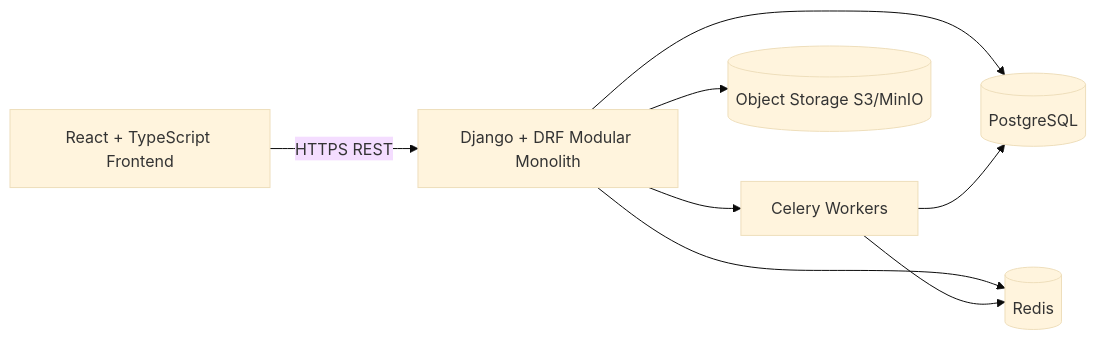
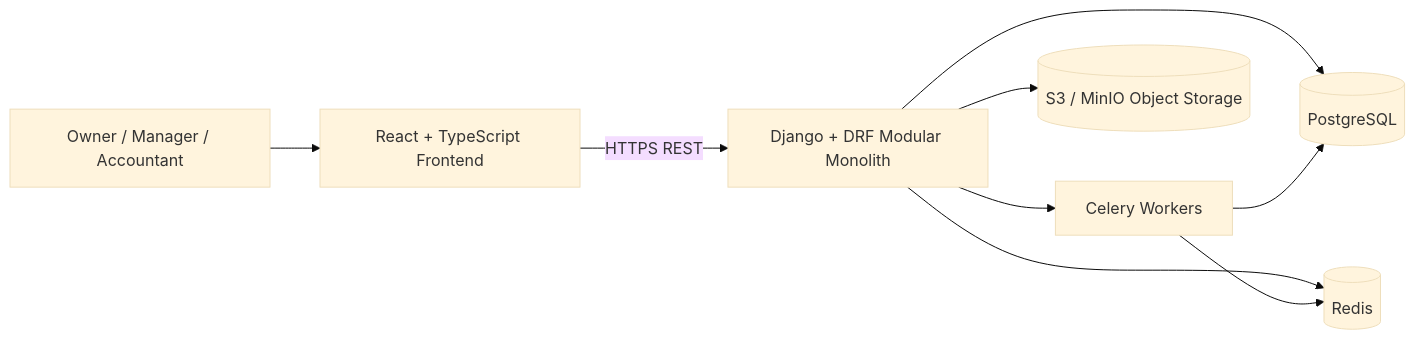
Before and after one commit to anthonynarine/EstateIQ: the first of 6 diagrams in PROJECT_ARCHITECTURE.md, drawn with Mermaid (base theme). The commit also changed other lines of this file, not shown here.

Commit message:
updated project architecture diagrams

````diff
--- a/PROJECT_ARCHITECTURE.md
+++ b/PROJECT_ARCHITECTURE.md
@@ -12,17 +27,19 @@
-``` mermaid
+```mermaid
 flowchart LR
-    UI[React + TypeScript Frontend]
+    USER[Owner / Manager / Accountant]
+    FE[React + TypeScript Frontend]
     API[Django + DRF Modular Monolith]
     DB[(PostgreSQL)]
     REDIS[(Redis)]
-    WORKERS[Celery Workers]
-    STORAGE[(Object Storage S3/MinIO)]
+    CELERY[Celery Workers]
+    STORAGE[(S3 / MinIO Object Storage)]
 
-    UI -->|HTTPS REST| API
+    USER --> FE
+    FE -->|HTTPS REST| API
     API --> DB
     API --> REDIS
     API --> STORAGE
-    API --> WORKERS
-    WORKERS --> DB
-    WORKERS --> REDIS
+    API --> CELERY
+    CELERY --> DB
+    CELERY --> REDIS
 ```
````
